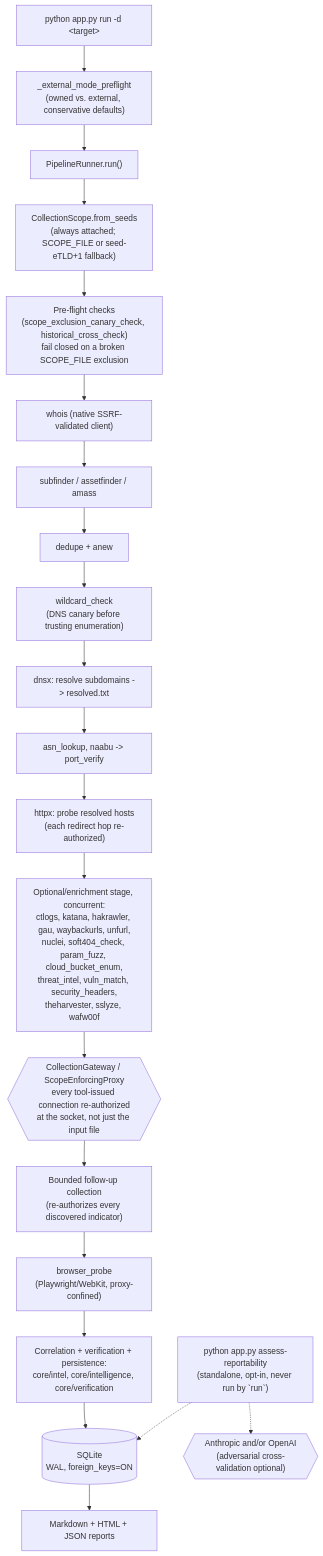
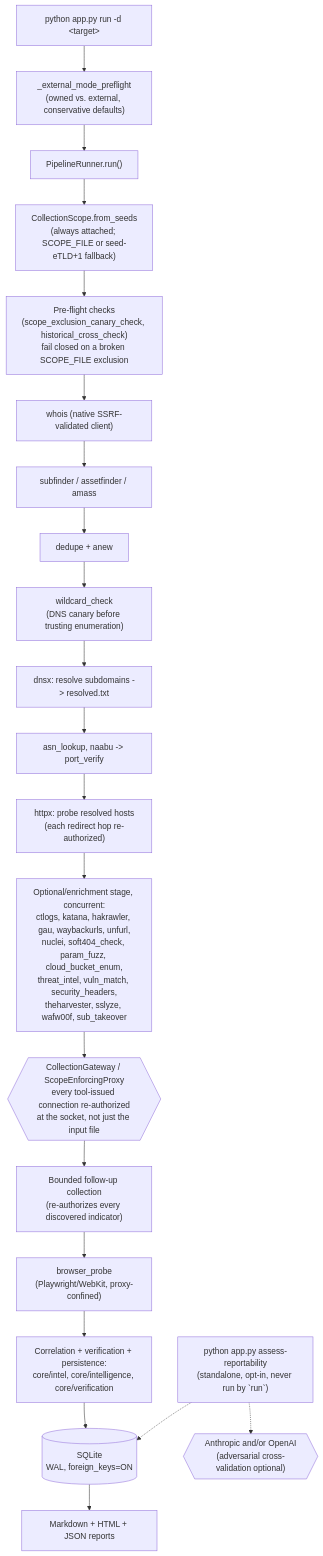
Before and after one commit to Andres-Montoya-SV/hydra: the diagram in README.md, drawn with Mermaid. The commit also changed other lines of this file and 11 other files, not shown here.

First line of the commit message:
feat(recon): add two-stage subdomain takeover detection module

````diff
--- a/README.md
+++ b/README.md
@@ -89,24 +89,24 @@
 ```mermaid
 flowchart TD
     CLI["python app.py run -d &lt;target&gt;"] --> Preflight["_external_mode_preflight\n(owned vs. external, conservative defaults)"]
     Preflight --> Runner["PipelineRunner.run()"]
     Runner --> Scope["CollectionScope.from_seeds\n(always attached; SCOPE_FILE or seed-eTLD+1 fallback)"]
     Scope --> Canary["Pre-flight checks\n(scope_exclusion_canary_check, historical_cross_check)\nfail closed on a broken SCOPE_FILE exclusion"]
     Canary --> Whois["whois (native SSRF-validated client)"]
     Whois --> Enum["subfinder / assetfinder / amass"]
     Enum --> Dedupe["dedupe + anew"]
     Dedupe --> Wildcard["wildcard_check\n(DNS canary before trusting enumeration)"]
     Wildcard --> Dnsx["dnsx: resolve subdomains -> resolved.txt"]
     Dnsx --> AsnNaabu["asn_lookup, naabu -> port_verify"]
     AsnNaabu --> Httpx["httpx: probe resolved hosts\n(each redirect hop re-authorized)"]
-    Httpx --> Optional["Optional/enrichment stage, concurrent:\nctlogs, katana, hakrawler, gau, waybackurls, unfurl,\nnuclei, soft404_check, param_fuzz, cloud_bucket_enum,\nthreat_intel, vuln_match, security_headers,\ntheharvester, sslyze, wafw00f"]
+    Httpx --> Optional["Optional/enrichment stage, concurrent:\nctlogs, katana, hakrawler, gau, waybackurls, unfurl,\nnuclei, soft404_check, param_fuzz, cloud_bucket_enum,\nthreat_intel, vuln_match, security_headers,\ntheharvester, sslyze, wafw00f, sub_takeover"]
     Optional --> Gateway{{"CollectionGateway / ScopeEnforcingProxy\nevery tool-issued connection re-authorized\nat the socket, not just the input file"}}
     Gateway --> Followup["Bounded follow-up collection\n(re-authorizes every discovered indicator)"]
     Followup --> Browser["browser_probe\n(Playwright/WebKit, proxy-confined)"]
     Browser --> Finalize["Correlation + verification + persistence:\ncore/intel, core/intelligence, core/verification"]
     Finalize --> SQLite[("SQLite\nWAL, foreign_keys=ON")]
     SQLite --> Report["Markdown + HTML + JSON reports"]
 
     Assess["python app.py assess-reportability\n(standalone, opt-in, never run by `run`)"] -.-> SQLite
     Assess -.-> LLM{{"Anthropic and/or OpenAI\n(adversarial cross-validation optional)"}}
 ```
````
